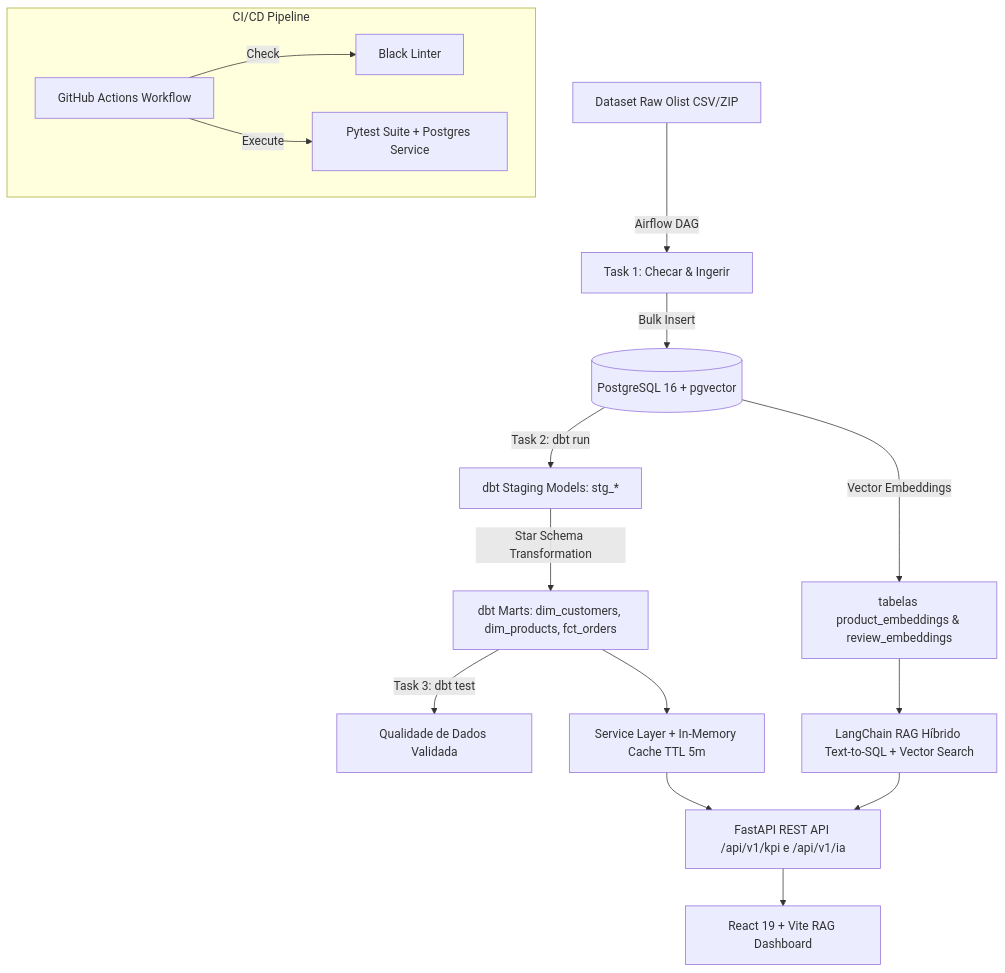
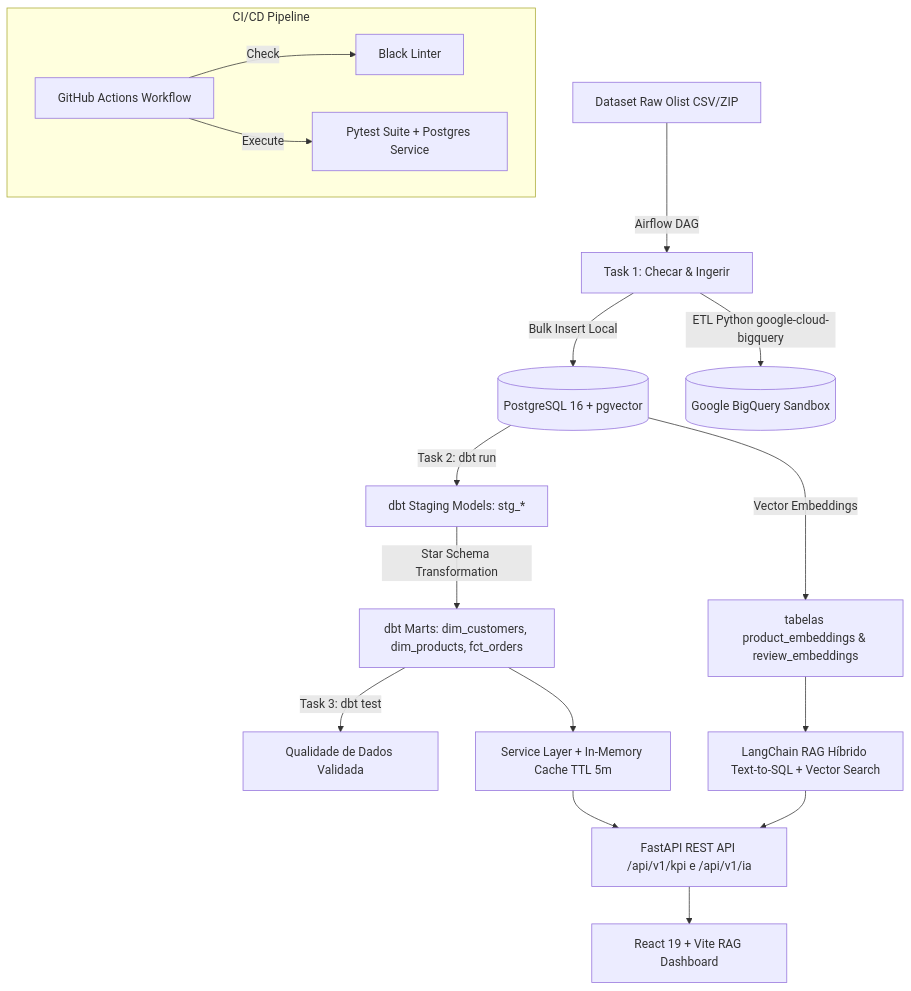
The diagram in README.md (augdev1/business_intelligence_data), drawn with Mermaid before and after one commit. The commit also changed other lines of this file and 6 other files, not shown here.

Commit message:
feat: integrar Google BigQuery Sandbox no pipeline ELT com Docker e Airflow

````diff
--- a/README.md
+++ b/README.md
@@ -55,24 +61,26 @@
 ```mermaid
 graph TD
     A[Dataset Raw Olist CSV/ZIP] -->|Airflow DAG| B[Task 1: Checar & Ingerir]
-    B -->|Bulk Insert| C[(PostgreSQL 16 + pgvector)]
+    
+    B -->|Bulk Insert Local| C[(PostgreSQL 16 + pgvector)]
+    B -->|ETL Python google-cloud-bigquery| DW[(Google BigQuery Sandbox)]
     
     C -->|Task 2: dbt run| D[dbt Staging Models: stg_*]
     D -->|Star Schema Transformation| E[dbt Marts: dim_customers, dim_products, fct_orders]
     E -->|Task 3: dbt test| F[Qualidade de Dados Validada]
     
     C -->|Vector Embeddings| G[tabelas product_embeddings & review_embeddings]
     
     E --> H[Service Layer + In-Memory Cache TTL 5m]
     G --> I[LangChain RAG Híbrido Text-to-SQL + Vector Search]
     
     H --> J[FastAPI REST API /api/v1/kpi e /api/v1/ia]
     I --> J
     
     J --> K[React 19 + Vite RAG Dashboard]
     
     subgraph CI/CD Pipeline
         L[GitHub Actions Workflow] -->|Check| M[Black Linter]
         L -->|Execute| N[Pytest Suite + Postgres Service]
     end
 ```
````
